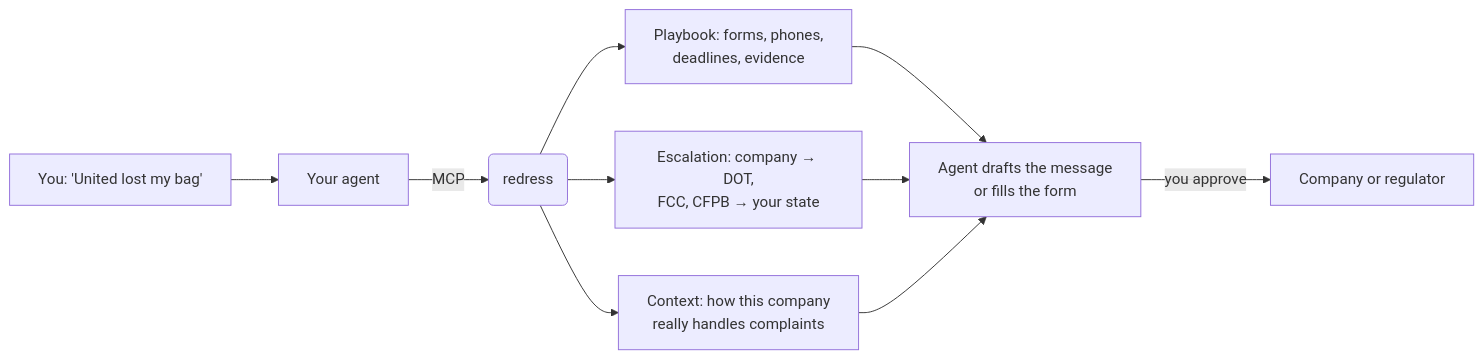
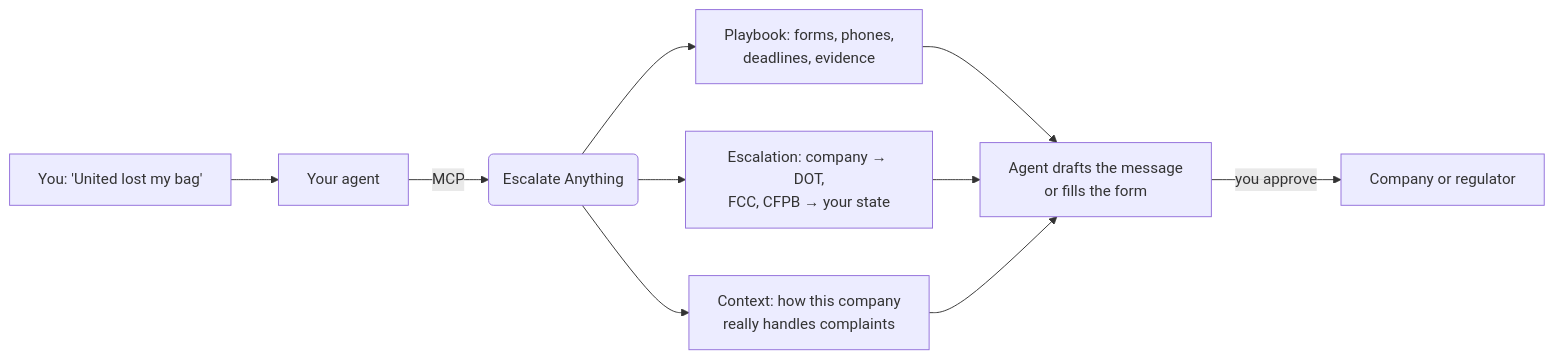
The diagram in README.md (alexgaoth/escalate-anything), drawn with Mermaid before and after one commit. The commit also changed other lines of this file and 65 other files, not shown here.

First line of the commit message:
Rename to Escalate Anything (#59)

````diff
--- a/README.md
+++ b/README.md
@@ -74,10 +76,10 @@
 ```mermaid
 flowchart LR
   A["You: 'United lost my bag'"] --> B[Your agent]
-  B -->|MCP| C(redress)
+  B -->|MCP| C(Escalate Anything)
   C --> D["Playbook: forms, phones,<br/>deadlines, evidence"]
   C --> E["Escalation: company → DOT,<br/>FCC, CFPB → your state"]
   C --> F["Context: how this company<br/>really handles complaints"]
   D & E & F --> G["Agent drafts the message<br/>or fills the form"]
   G -->|you approve| H[Company or regulator]
 ```
````
